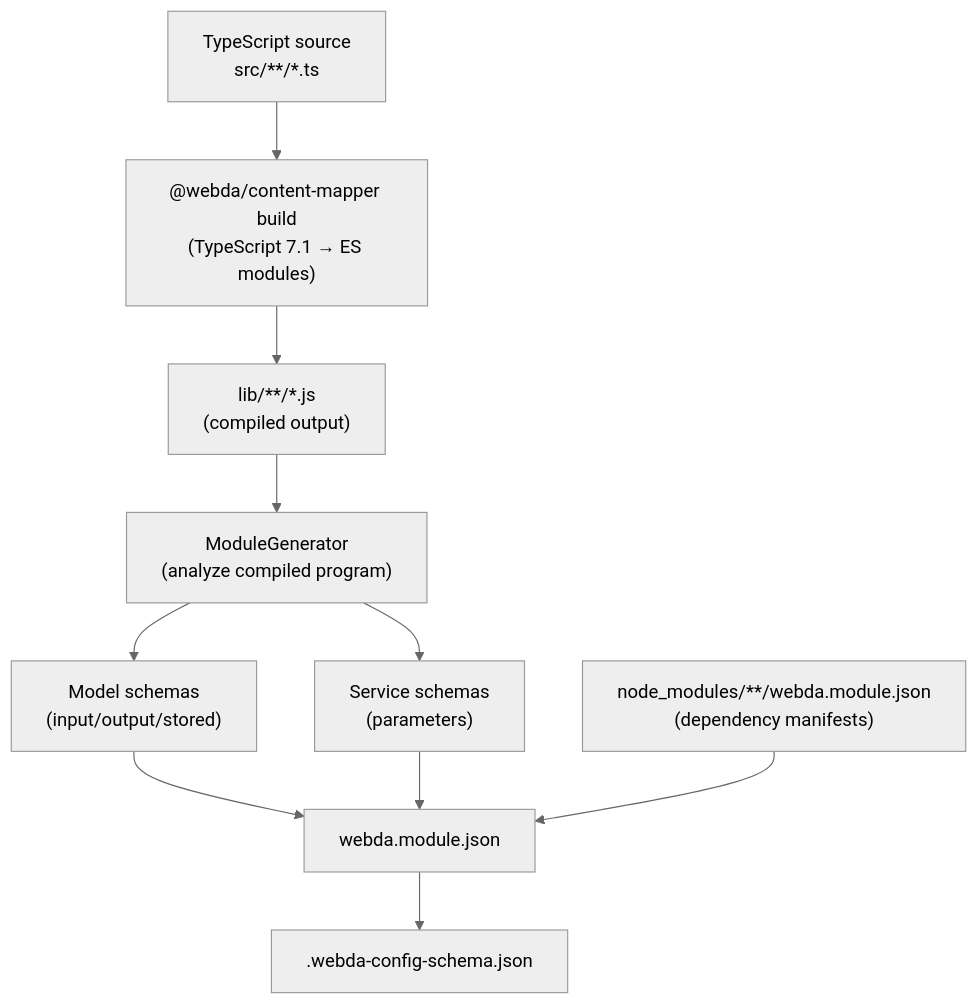
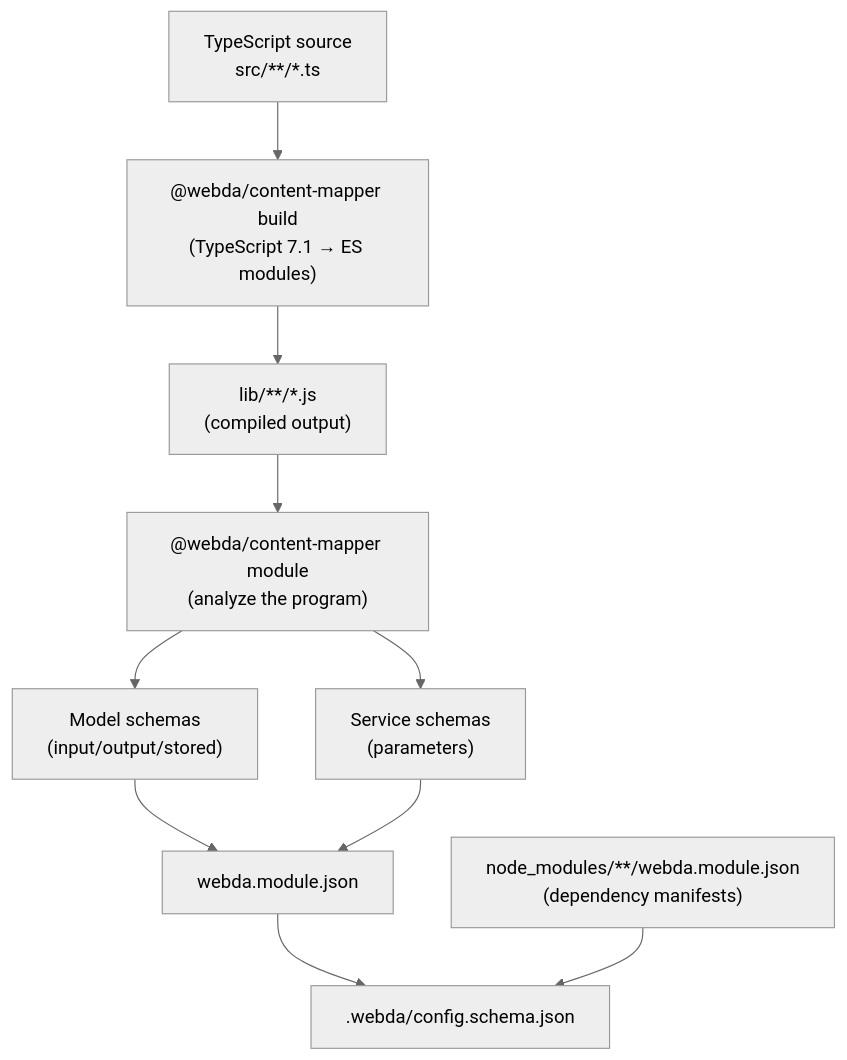
One commit to loopingz/webda.io changed the diagram in docs/pages/Modules/compiler/Build.md. Above: the diagram before and after it, drawn with Mermaid (neutral theme). The commit also changed other lines of this file and 104 other files, not shown here.

````diff
--- a/docs/pages/Modules/compiler/Build.md
+++ b/docs/pages/Modules/compiler/Build.md
@@ -12,22 +12,22 @@
 ```mermaid
 flowchart TD
     TS["TypeScript source\nsrc/**/*.ts"]
     TSC["@webda/content-mapper build\n(TypeScript 7.1 → ES modules)"]
     LIB["lib/**/*.js\n(compiled output)"]
-    Module["ModuleGenerator\n(analyze compiled program)"]
+    Module["@webda/content-mapper module\n(analyze the program)"]
     Models["Model schemas\n(input/output/stored)"]
     Services["Service schemas\n(parameters)"]
     Manifest["webda.module.json"]
-    ConfigSchema[".webda-config-schema.json"]
+    ConfigSchema[".webda/config.schema.json"]
     DepModules["node_modules/**/webda.module.json\n(dependency manifests)"]
 
     TS --> TSC
     TSC --> LIB
     LIB --> Module
     Module --> Models
     Module --> Services
     Models --> Manifest
     Services --> Manifest
-    DepModules --> Manifest
     Manifest --> ConfigSchema
+    DepModules --> ConfigSchema
 ```
````
